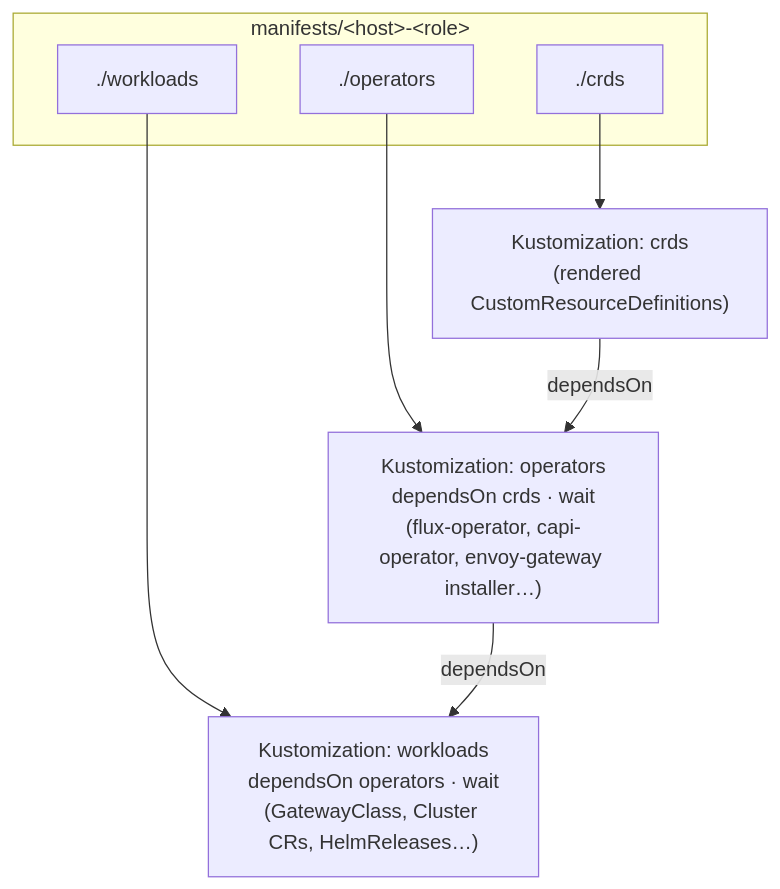
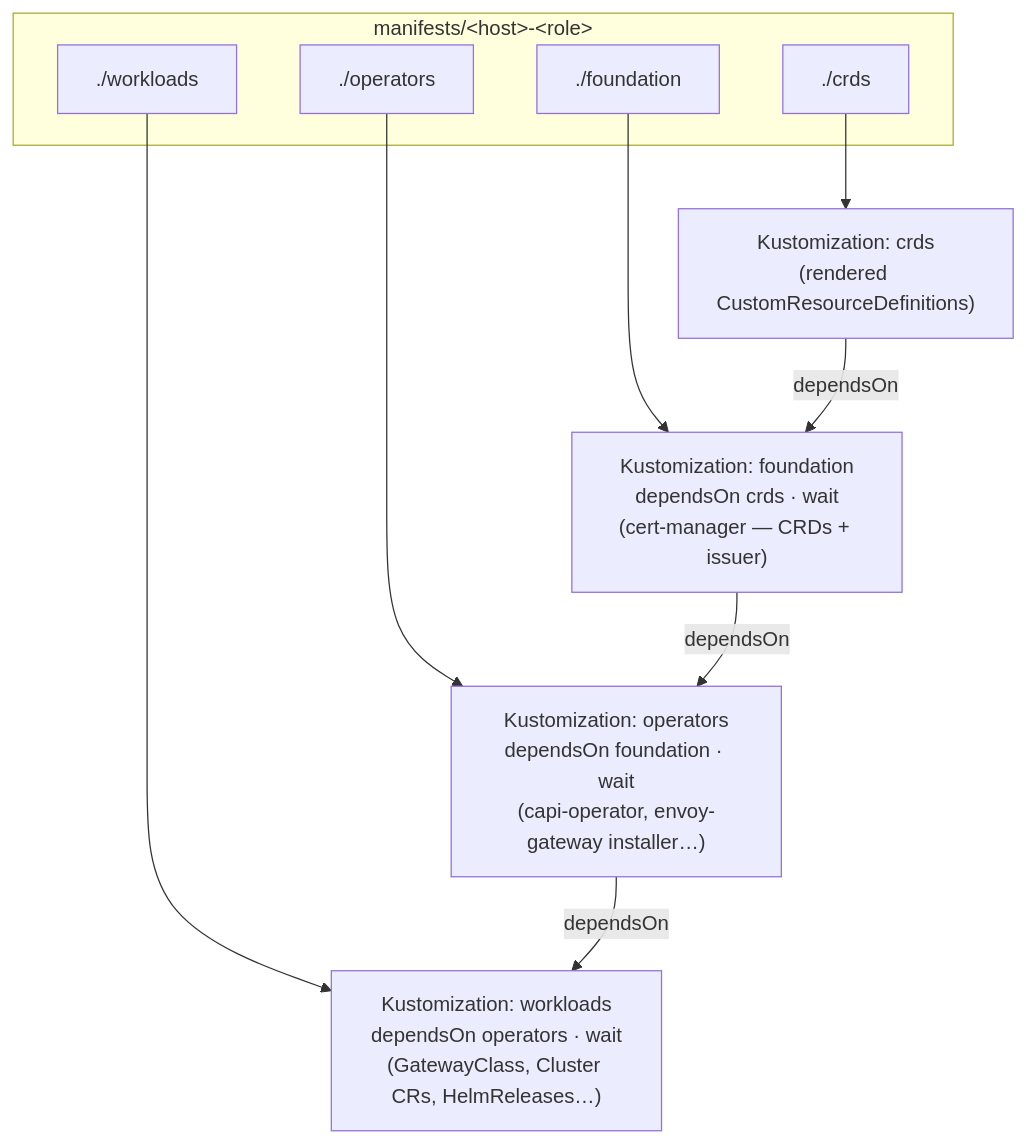
The sixth of 6 diagrams in docs/architecture/cluster-api/manifests-rendered-branches.adoc (nxmatic/rke2lab), drawn with Mermaid before and after one commit. The commit also changed other lines of this file and 3 other files, not shown here.

First line of the commit message:
fix(gitops): insert a foundation layer (cert-manager) before operators

```diff
--- a/docs/architecture/cluster-api/manifests-rendered-branches.adoc
+++ b/docs/architecture/cluster-api/manifests-rendered-branches.adoc
@@ -255,17 +255,21 @@
 [mermaid,rendered-branches-layers,svg]
 ----
 flowchart TB
   subgraph BR["manifests/&lt;host&gt;-&lt;role&gt;"]
     C["./crds"]
+    F["./foundation"]
     O["./operators"]
     W["./workloads"]
   end
   KC["Kustomization: crds<br/>(rendered CustomResourceDefinitions)"]
-  KO["Kustomization: operators<br/>dependsOn crds · wait<br/>(flux-operator, capi-operator, envoy-gateway installer…)"]
+  KF["Kustomization: foundation<br/>dependsOn crds · wait<br/>(cert-manager — CRDs + issuer)"]
+  KO["Kustomization: operators<br/>dependsOn foundation · wait<br/>(capi-operator, envoy-gateway installer…)"]
   KW["Kustomization: workloads<br/>dependsOn operators · wait<br/>(GatewayClass, Cluster CRs, HelmReleases…)"]
   C --> KC
+  F --> KF
   O --> KO
   W --> KW
-  KC -->|"dependsOn"| KO
+  KC -->|"dependsOn"| KF
+  KF -->|"dependsOn"| KO
   KO -->|"dependsOn"| KW
 ----
```
